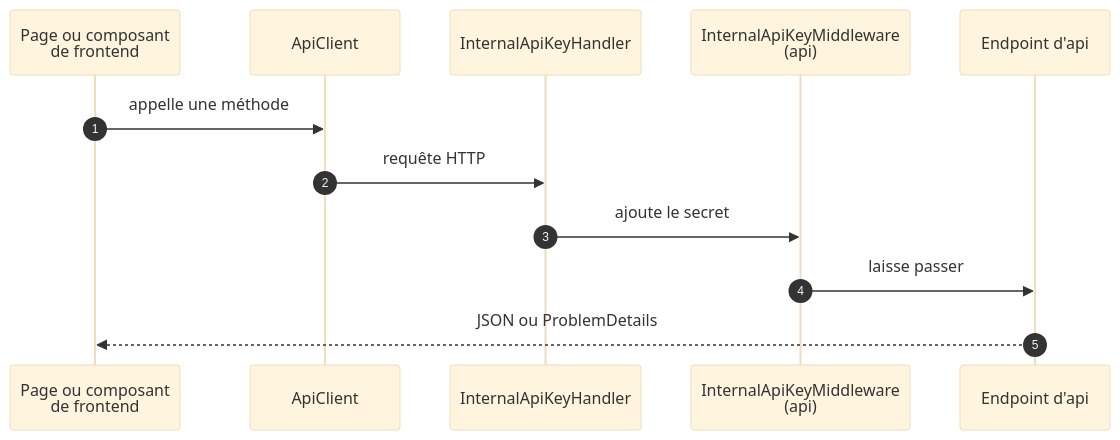
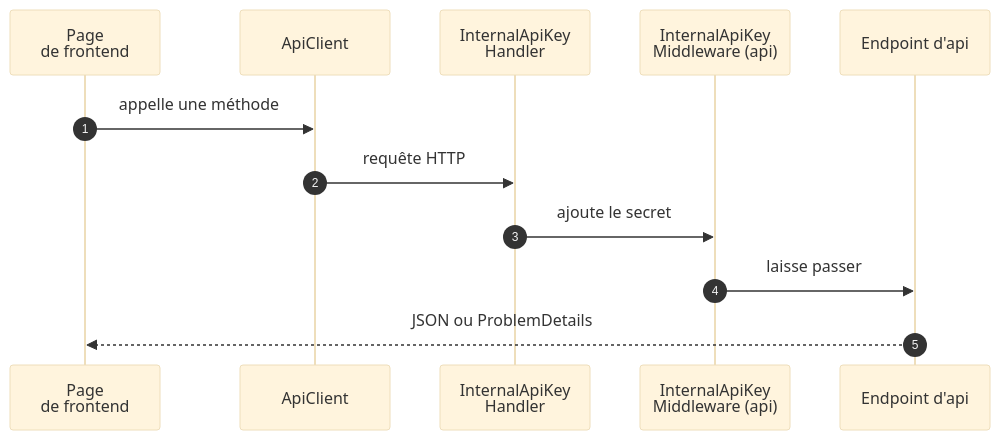
One commit to Tetram76/bdtheque-claude changed the third of 3 diagrams in docs/tech/mecanismes/authentification-et-appels-internes.md. Above: the diagram before and after it, drawn with Mermaid (base theme). The commit also changed 3 other files, not shown here.

First line of the commit message:
docs(tech): marge de lisibilité des diagrammes proches du seuil

````diff
--- a/docs/tech/mecanismes/authentification-et-appels-internes.md
+++ b/docs/tech/mecanismes/authentification-et-appels-internes.md
@@ -66,15 +66,15 @@
 ```mermaid
 sequenceDiagram
     autonumber
-    participant page as Page ou composant<br/>de frontend
+    participant page as Page<br/>de frontend
     participant client as ApiClient
-    participant handler as InternalApiKeyHandler
-    participant middleware as InternalApiKeyMiddleware<br/>(api)
+    participant handler as InternalApiKey<br/>Handler
+    participant middleware as InternalApiKey<br/>Middleware (api)
     participant endpoint as Endpoint d'api
 
     page->>client: appelle une méthode
     client->>handler: requête HTTP
     handler->>middleware: ajoute le secret
     middleware->>endpoint: laisse passer
     endpoint-->>page: JSON ou ProblemDetails
 ```
````
